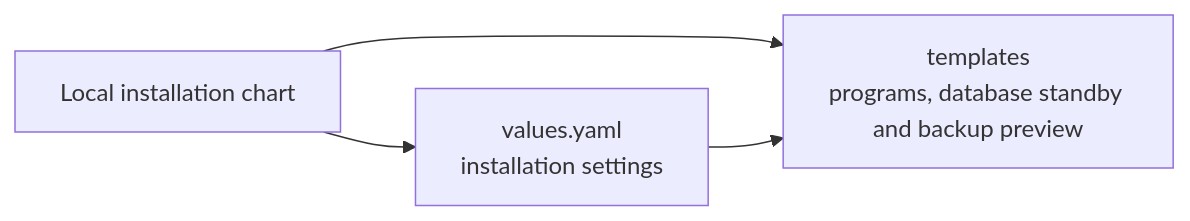
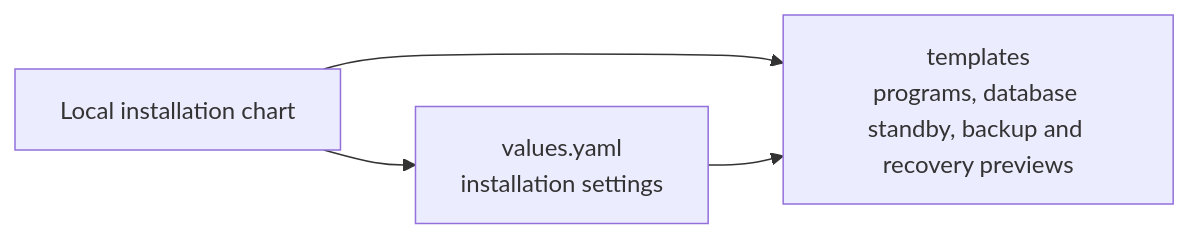
The diagram in infra/package/chart/templates/README.md (elewa-git/opencrane-new), drawn with Mermaid before and after one commit. The commit also changed other lines of this file and 10 other files, not shown here.

Commit message:
💾 Render an exact database recovery source and WAL target

````diff
--- a/infra/package/chart/templates/README.md
+++ b/infra/package/chart/templates/README.md
@@ -44,6 +47,6 @@
 ```mermaid
 flowchart LR
-  chart["Local installation chart"] --> templates["templates<br/>programs, database standby and backup preview"]
+  chart["Local installation chart"] --> templates["templates<br/>programs, database standby, backup and recovery previews"]
   chart --> values["values.yaml<br/>installation settings"]
   values --> templates
 ```
````
